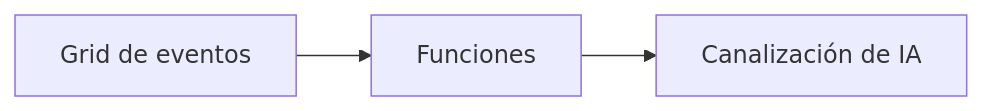
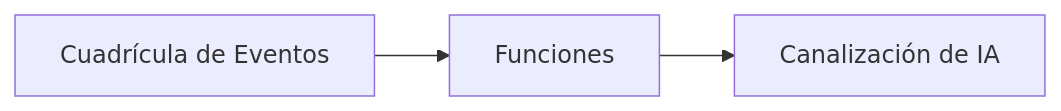
Before and after one commit to microsoft/AZD-for-beginners: the second of 2 diagrams in translations/es/docs/chapter-08-production/README.md, drawn with Mermaid. The commit also changed other lines of this file and 61 other files, not shown here.

````diff
--- a/translations/es/docs/chapter-08-production/README.md
+++ b/translations/es/docs/chapter-08-production/README.md
@@ -57,4 +57,4 @@
 ```mermaid
 graph LR
-    EventGrid[Grid de eventos] --> Functions[Funciones] --> Pipeline[Canalización de IA]
+    EventGrid[Cuadrícula de Eventos] --> Functions[Funciones] --> Pipeline[Canalización de IA]
 ```
````
